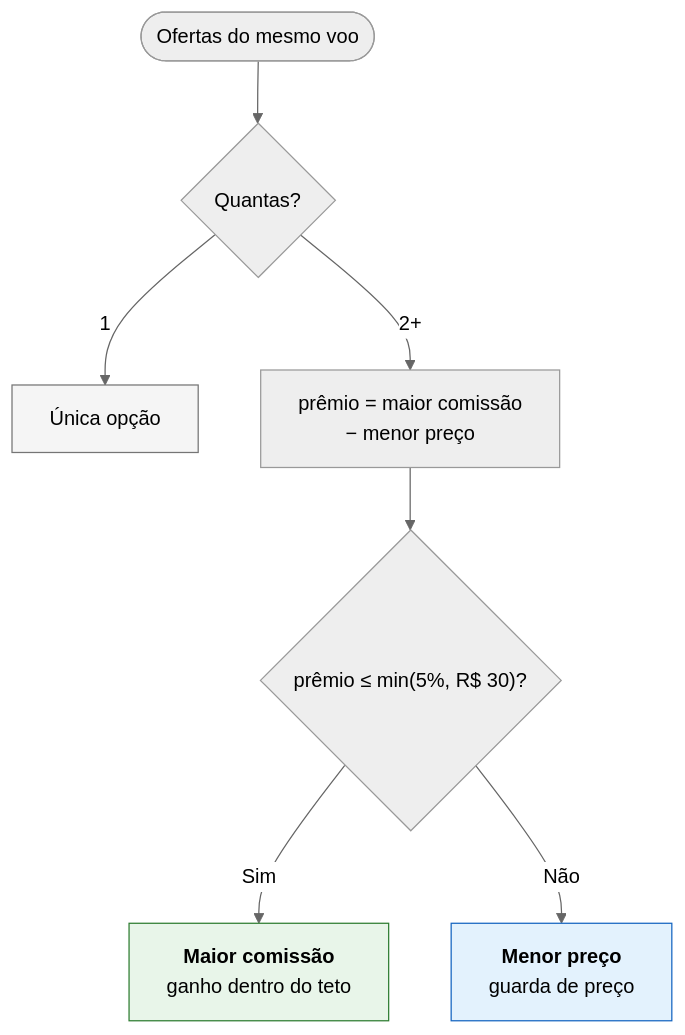
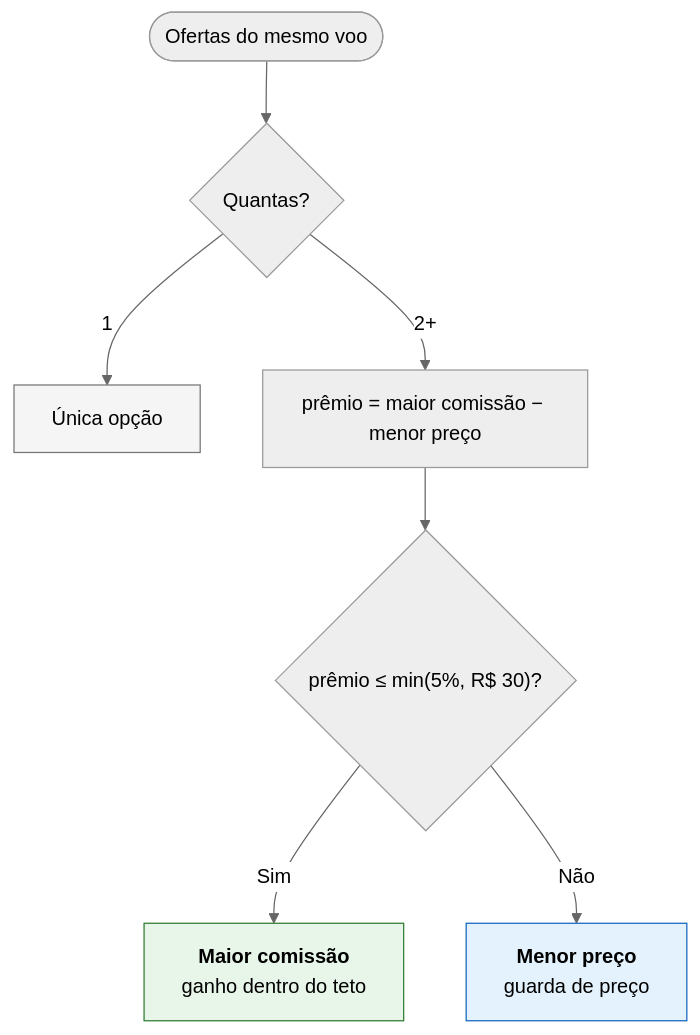
One commit to abelmagnag0/passhub-desafio changed the diagram in README.md. Above: the diagram before and after it, drawn with Mermaid (neutral theme). The commit also changed other lines of this file and 14 other files, not shown here.

````diff
--- a/README.md
+++ b/README.md
@@ -70,13 +65,13 @@
 ```mermaid
 flowchart TD
     A([Ofertas do mesmo voo]) --> B{Quantas?}
     B -->|1| C[Única opção]
-    B -->|2+| D["prêmio = maior comissão<br/>− menor preço"]
+    B -->|2+| D["prêmio = maior comissão − menor preço"]
     D --> F{"prêmio ≤ min(5%, R$ 30)?"}
     F -->|Sim| G[<b>Maior comissão</b><br/>ganho dentro do teto]
     F -->|Não| H[<b>Menor preço</b><br/>guarda de preço]
 
     style G fill:#e8f5e9,stroke:#2e7d32
     style H fill:#e3f2fd,stroke:#1565c0
     style C fill:#f5f5f5,stroke:#757575
 ```
````
